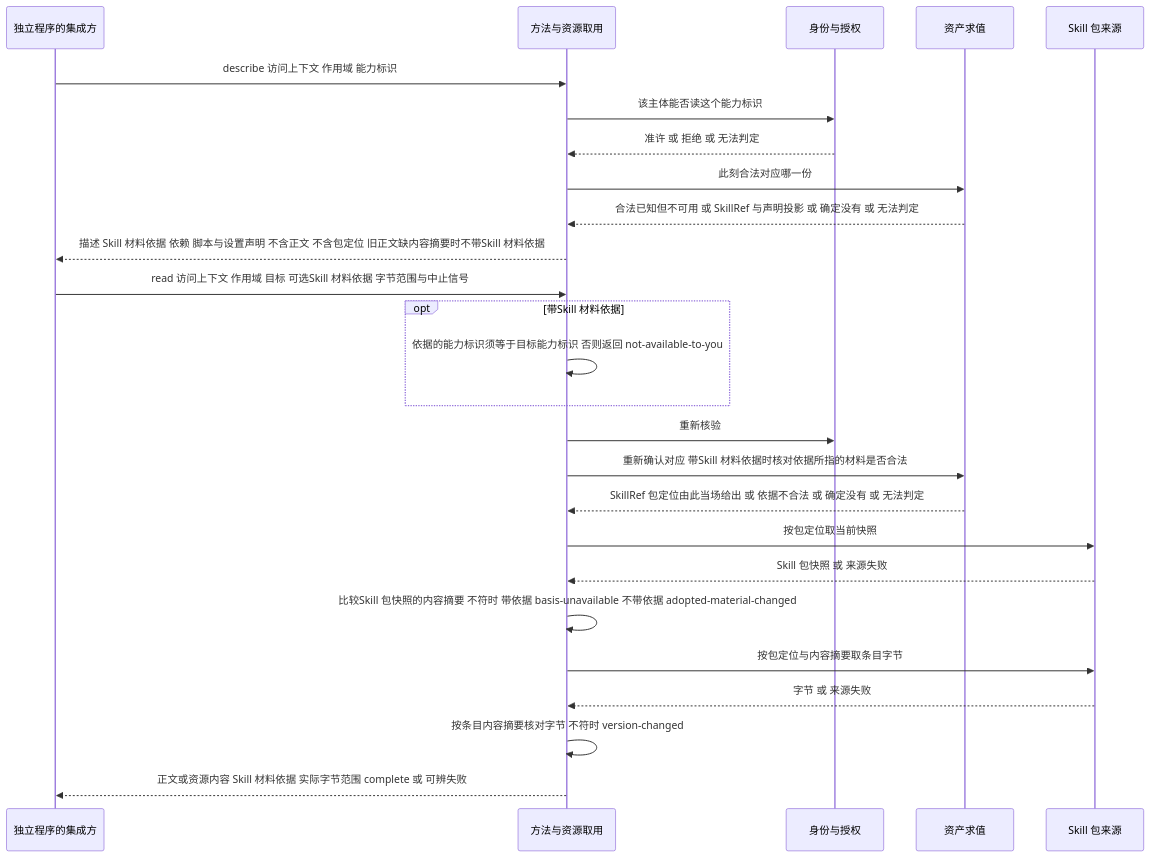
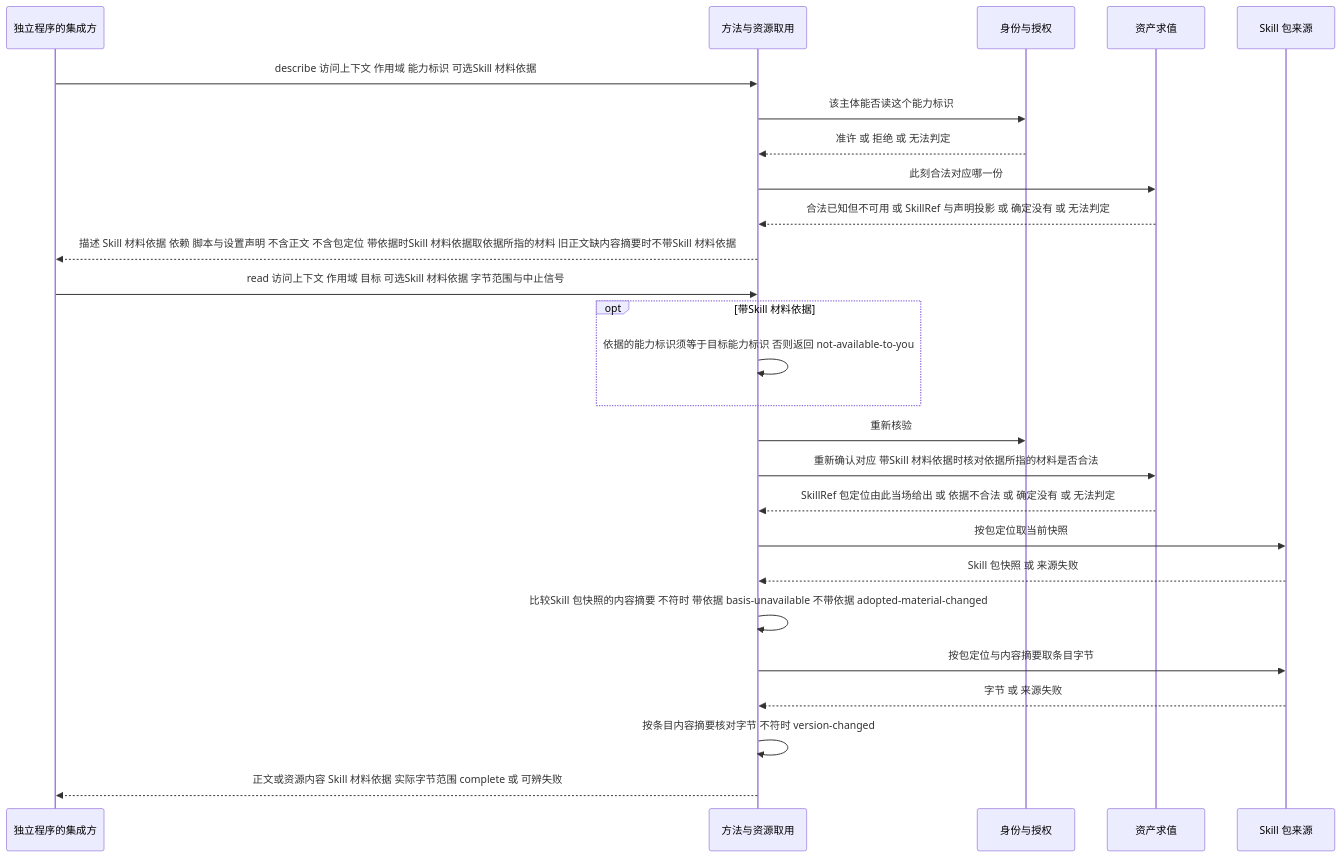
One commit to nemori-ai/omne-harness-lite changed the second of 4 diagrams in docs/domains/skills/key-flows.md. Above: the diagram before and after it, drawn with Mermaid. The commit also changed other lines of this file and 4 other files, not shown here.

First line of the commit message:
docs(skills): 写回 W2 裁定：组页、领域页、key-flows 与组入口同步成员 SPEC/README

````diff
--- a/docs/domains/skills/key-flows.md
+++ b/docs/domains/skills/key-flows.md
@@ -39,28 +39,28 @@
 ```mermaid
 sequenceDiagram
   participant P as 独立程序的集成方
   participant A as 方法与资源取用
   participant I as 身份与授权
   participant R as 资产求值
   participant S as Skill 包来源
-  P->>A: describe 访问上下文 作用域 能力标识
+  P->>A: describe 访问上下文 作用域 能力标识 可选Skill 材料依据
   A->>I: 该主体能否读这个能力标识
   I-->>A: 准许 或 拒绝 或 无法判定
   A->>R: 此刻合法对应哪一份
   R-->>A: 合法已知但不可用 或 SkillRef 与声明投影 或 确定没有 或 无法判定
-  A-->>P: 描述 Skill 材料依据 依赖 脚本与设置声明 不含正文 不含包定位 旧正文缺内容摘要时不带Skill 材料依据
+  A-->>P: 描述 Skill 材料依据 依赖 脚本与设置声明 不含正文 不含包定位 带依据时Skill 材料依据取依据所指的材料 旧正文缺内容摘要时不带Skill 材料依据
   P->>A: read 访问上下文 作用域 目标 可选Skill 材料依据 字节范围与中止信号
   opt 带Skill 材料依据
     A->>A: 依据的能力标识须等于目标能力标识 否则返回 not-available-to-you
   end
   A->>I: 重新核验
   A->>R: 重新确认对应 带Skill 材料依据时核对依据所指的材料是否合法
   R-->>A: SkillRef 包定位由此当场给出 或 依据不合法 或 确定没有 或 无法判定
   A->>S: 按包定位取当前快照
   S-->>A: Skill 包快照 或 来源失败
   A->>A: 比较Skill 包快照的内容摘要 不符时 带依据 basis-unavailable 不带依据 adopted-material-changed
   A->>S: 按包定位与内容摘要取条目字节
   S-->>A: 字节 或 来源失败
   A->>A: 按条目内容摘要核对字节 不符时 version-changed
   A-->>P: 正文或资源内容 Skill 材料依据 实际字节范围 complete 或 可辨失败
 ```
````
